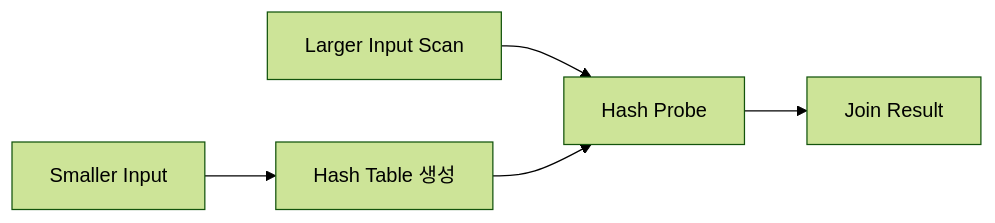
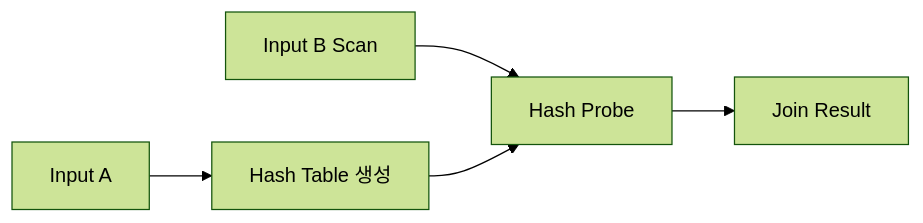
One commit to jw3418/jw3418.github.io changed the seventh of 9 diagrams in _posts/2026-09-23-oracle-sql-tuning-execution-plan.md. Above: the diagram before and after it, drawn with Mermaid (forest theme). The commit also changed other lines of this file, not shown here.

````diff
--- a/_posts/2026-09-23-oracle-sql-tuning-execution-plan.md
+++ b/_posts/2026-09-23-oracle-sql-tuning-execution-plan.md
@@ -362,13 +347,13 @@
 ```mermaid
 flowchart LR
-    A["Smaller Input"]
+    A["Input A"]
     B["Hash Table 생성"]
-    C["Larger Input Scan"]
+    C["Input B Scan"]
     D["Hash Probe"]
     E["Join Result"]
 
     A --> B
     C --> D
     B --> D
     D --> E
 ```
````
